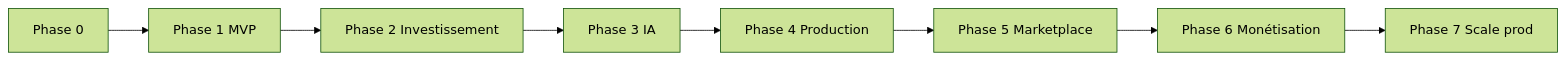
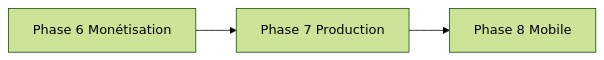
Before and after one commit to drissaj97/immo: the diagram in docs/ROADMAP.md, drawn with Mermaid (forest theme). The commit also changed other lines of this file and 25 other files, not shown here.

````diff
--- a/docs/ROADMAP.md
+++ b/docs/ROADMAP.md
@@ -89,10 +43,5 @@
 ```mermaid
 flowchart LR
-    P0[Phase 0] --> P1[Phase 1 MVP]
-    P1 --> P2[Phase 2 Investissement]
-    P2 --> P3[Phase 3 IA]
-    P3 --> P4[Phase 4 Production]
-    P4 --> P5[Phase 5 Marketplace]
-    P5 --> P6[Phase 6 Monétisation]
-    P6 --> P7[Phase 7 Scale prod]
+    P6[Phase 6 Monétisation] --> P7[Phase 7 Production]
+    P7 --> P8[Phase 8 Mobile]
 ```
````
